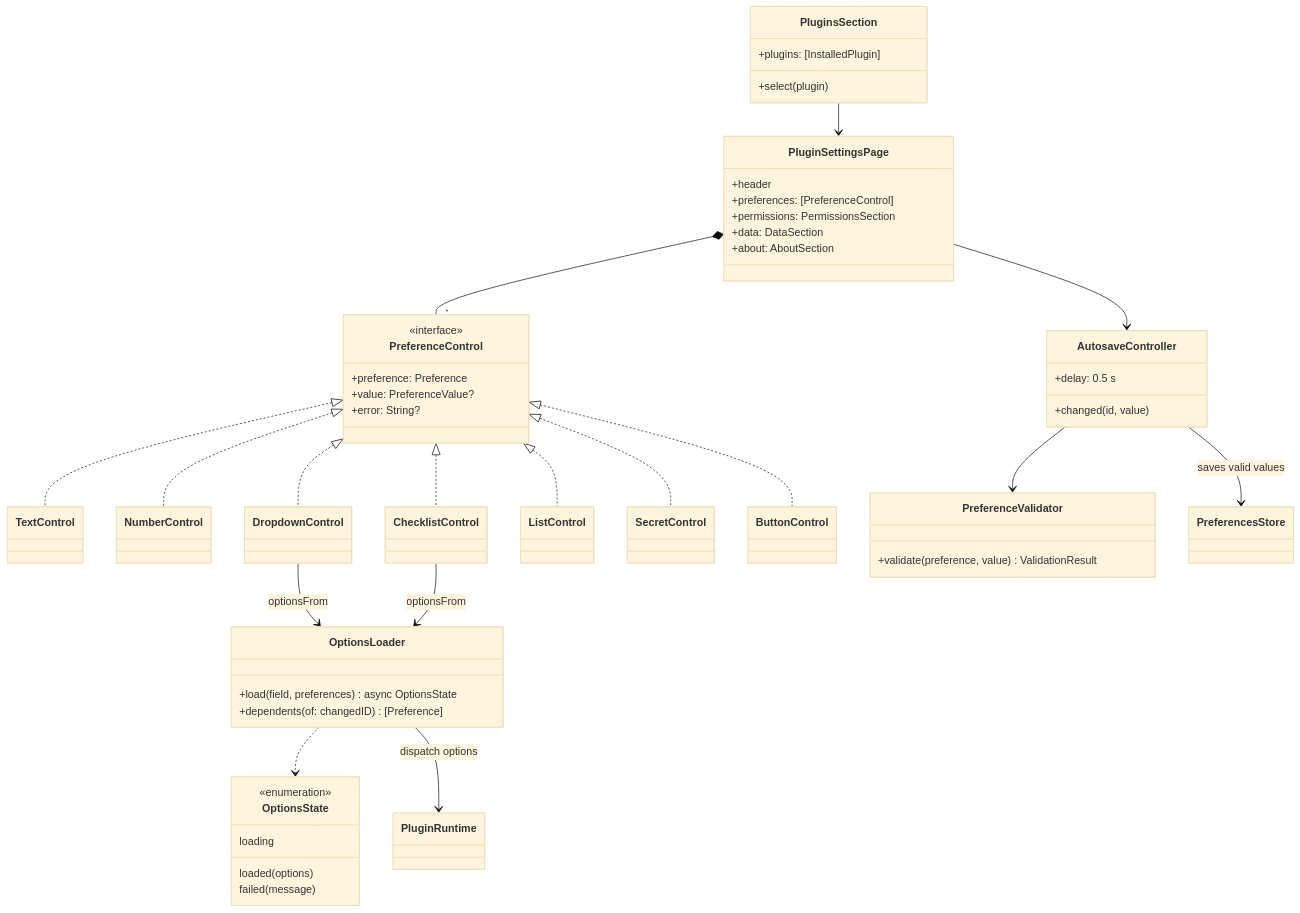
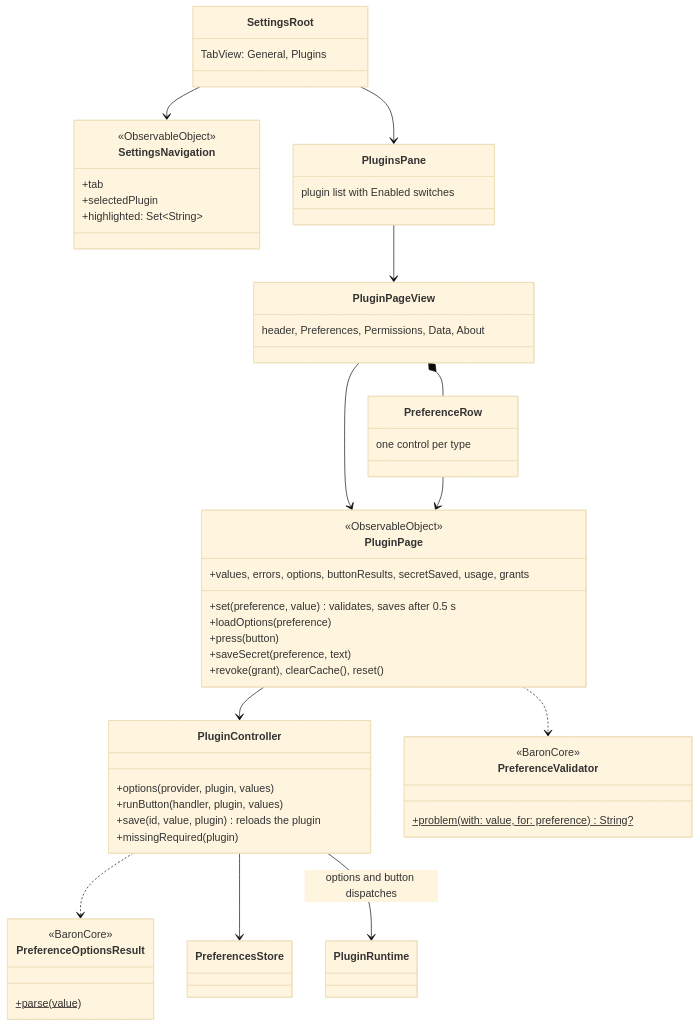
One commit to mx-in/ODH changed the first of 2 diagrams in docs/design/plugin-platform/06-settings.md. Above: the diagram before and after it, drawn with Mermaid (base theme). The commit also changed other lines of this file and 2 other files, not shown here.

Commit message:
docs(design): draw storage and settings as built in task-007
Replace the planned UML in 05 and 06 with the stores, data manager and the
settings page as built, with a quota refusal and a note-type change; record
the tabs, search semantics of patterns, undefined for missing keys and the
required-field flow.

````diff
--- a/docs/design/plugin-platform/06-settings.md
+++ b/docs/design/plugin-platform/06-settings.md
@@ -78,53 +78,55 @@
 ```mermaid
 classDiagram
-  class PluginsSection {
-    +plugins: [InstalledPlugin]
-    +select(plugin)
+  class SettingsRoot {
+    TabView: General, Plugins
   }
-  class PluginSettingsPage {
-    +header
-    +preferences: [PreferenceControl]
-    +permissions: PermissionsSection
-    +data: DataSection
-    +about: AboutSection
+  class SettingsNavigation {
+    <<ObservableObject>>
+    +tab
+    +selectedPlugin
+    +highlighted: Set~String~
   }
-  class PreferenceControl {
-    <<interface>>
-    +preference: Preference
-    +value: PreferenceValue?
-    +error: String?
+  class PluginsPane {
+    plugin list with Enabled switches
   }
-  class OptionsLoader {
-    +load(field, preferences) async OptionsState
-    +dependents(of: changedID) [Preference]
+  class PluginPageView {
+    header, Preferences, Permissions, Data, About
   }
-  class OptionsState {
-    <<enumeration>>
-    loading
-    loaded(options)
-    failed(message)
+  class PluginPage {
+    <<ObservableObject>>
+    +values, errors, options, buttonResults, secretSaved, usage, grants
+    +set(preference, value) validates, saves after 0.5 s
+    +loadOptions(preference)
+    +press(button)
+    +saveSecret(preference, text)
+    +revoke(grant), clearCache(), reset()
+  }
+  class PreferenceRow {
+    one control per type
+  }
+  class PluginController {
+    +options(provider, plugin, values)
+    +runButton(handler, plugin, values)
+    +save(id, value, plugin) reloads the plugin
+    +missingRequired(plugin)
   }
   class PreferenceValidator {
-    +validate(preference, value) ValidationResult
+    <<BaronCore>>
+    +problem(with: value, for: preference)$ String?
   }
-  class AutosaveController {
-    +delay: 0.5 s
-    +changed(id, value)
+  class PreferenceOptionsResult {
+    <<BaronCore>>
+    +parse(value)$
   }
-  PluginsSection --> PluginSettingsPage
-  PluginSettingsPage *-- "*" PreferenceControl
-  PreferenceControl <|.. TextControl
-  PreferenceControl <|.. NumberControl
-  PreferenceControl <|.. DropdownControl
-  PreferenceControl <|.. ChecklistControl
-  PreferenceControl <|.. ListControl
-  PreferenceControl <|.. SecretControl
-  PreferenceControl <|.. ButtonControl
-  DropdownControl --> OptionsLoader : optionsFrom
-  ChecklistControl --> OptionsLoader : optionsFrom
-  OptionsLoader ..> OptionsState
-  PluginSettingsPage --> AutosaveController
-  AutosaveController --> PreferenceValidator
-  AutosaveController --> PreferencesStore : saves valid values
-  OptionsLoader --> PluginRuntime : dispatch options
+  SettingsRoot --> SettingsNavigation
+  SettingsRoot --> PluginsPane
+  PluginsPane --> PluginPageView
+  PluginPageView --> PluginPage
+  PluginPageView *-- PreferenceRow
+  PreferenceRow --> PluginPage
+  PluginPage --> PluginController
+  PluginPage ..> PreferenceValidator
+  PluginController ..> PreferenceOptionsResult
+  PluginController --> PreferencesStore
+  PluginController --> PluginRuntime : options and button dispatches
 ```
````
